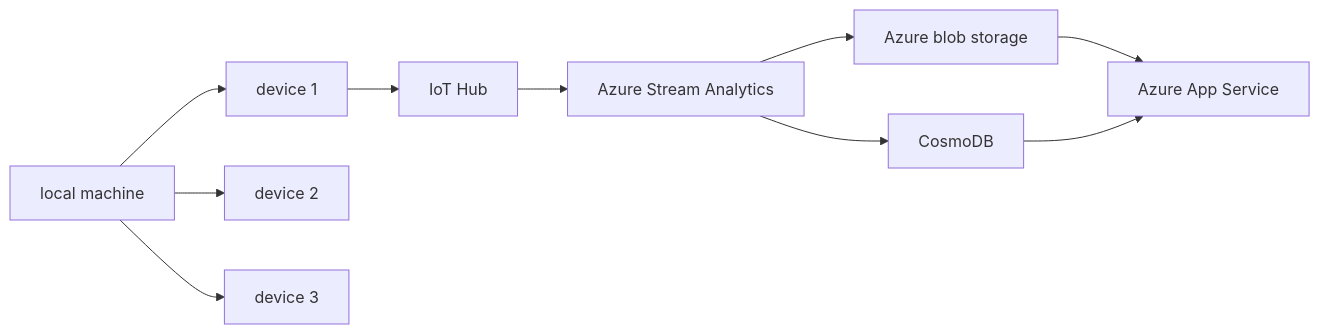
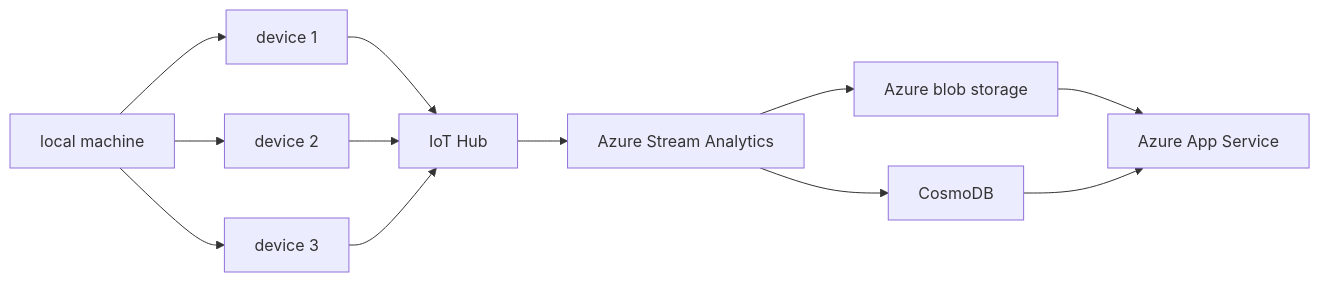
Before and after one commit to JChen-AC/cst8916_final_project_documentation: the diagram in README.md, drawn with Mermaid.

````diff
--- a/README.md
+++ b/README.md
@@ -35,12 +35,14 @@
 ```mermaid
 flowchart LR
     lm[local machine] --> d1[device 1]
     lm --> d2[device 2]
     lm --> d3[device 3]
     d1 --> iot[IoT Hub]
+    d2 --> iot[IoT Hub]
+    d3 --> iot[IoT Hub]
     iot --> asa[Azure Stream Analytics]
     asa --> blob[Azure blob storage]
     asa --> cdb[CosmoDB]
     blob --> app[Azure App Service]
     cdb --> app
 ```
````
